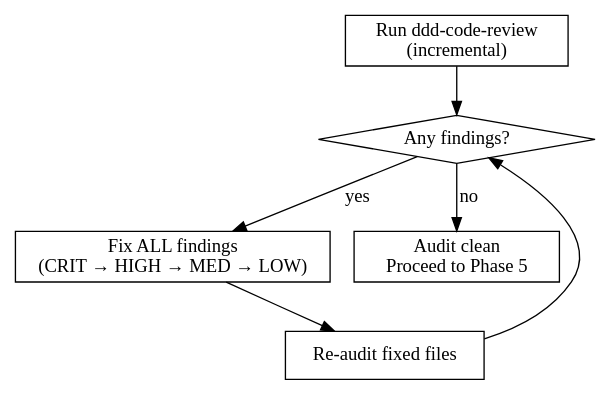
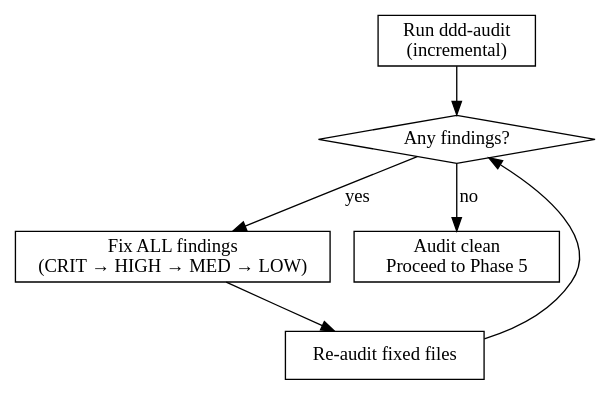
The third of 3 diagrams in skills/ddd-develop/SKILL.md (litecore-ai/ddd-coding-skills), drawn with Graphviz before and after one commit. The commit also changed other lines of this file and 4 other files, not shown here.

First line of the commit message:
refactor: rename ddd-code-review to ddd-audit

````diff
--- a/skills/ddd-develop/SKILL.md
+++ b/skills/ddd-develop/SKILL.md
@@ -362,15 +362,15 @@
 ```dot
 digraph audit_loop {
-  audit [label="Run ddd-code-review\n(incremental)" shape=box];
+  audit [label="Run ddd-audit\n(incremental)" shape=box];
   findings [label="Any findings?" shape=diamond];
   fix [label="Fix ALL findings\n(CRIT → HIGH → MED → LOW)" shape=box];
   reaudit [label="Re-audit fixed files" shape=box];
   done [label="Audit clean\nProceed to Phase 5" shape=box];
 
   audit -> findings;
   findings -> fix [label="yes"];
   fix -> reaudit;
   reaudit -> findings;
   findings -> done [label="no"];
 }
 ```
````
